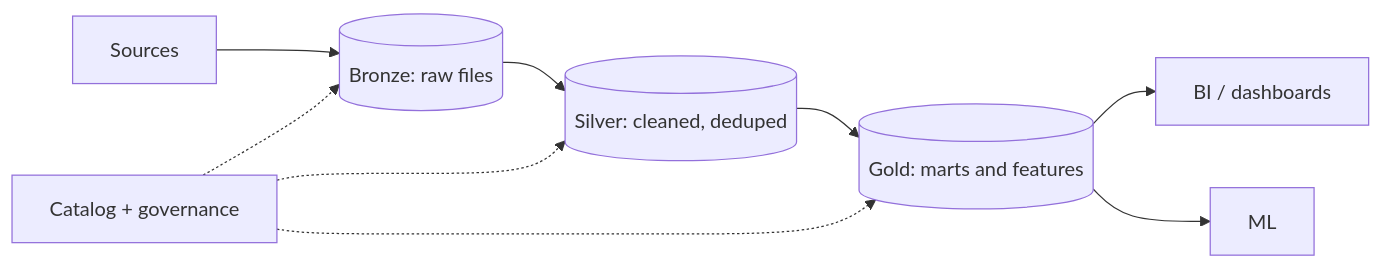
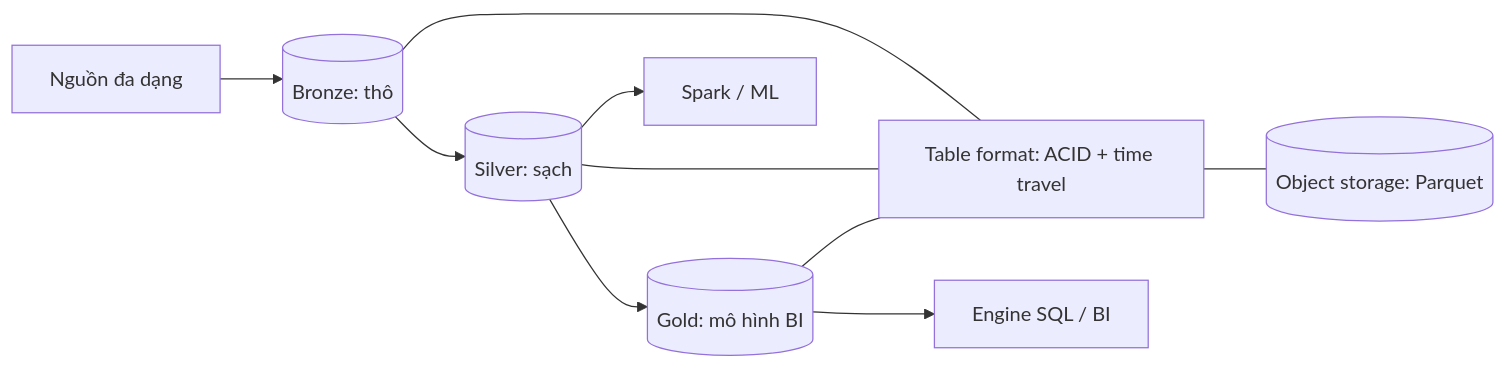
One commit to passion-Infinity/personal-tech-playbook changed the diagram in src/assets/knowledge/playbooks/data-engineering/data-warehouse-lakehouse.md. Above: the diagram before and after it, drawn with Mermaid. The commit also changed other lines of this file and 5 other files, not shown here.

````diff
--- a/src/assets/knowledge/playbooks/data-engineering/data-warehouse-lakehouse.md
+++ b/src/assets/knowledge/playbooks/data-engineering/data-warehouse-lakehouse.md
@@ -17,11 +37,10 @@
 ```mermaid
 flowchart LR
-    SRC[Sources] --> BR[("Bronze: raw files")]
-    BR --> SI[("Silver: cleaned, deduped")]
-    SI --> GO[("Gold: marts and features")]
-    GO --> BI[BI / dashboards]
-    GO --> ML[ML]
-    CAT[Catalog + governance] -.-> BR
-    CAT -.-> SI
-    CAT -.-> GO
+    SRC["Nguồn đa dạng"] --> BR[("Bronze: thô")]
+    BR --> SI[("Silver: sạch")]
+    SI --> GO[("Gold: mô hình BI")]
+    BR & SI & GO --- TF["Table format: ACID + time travel"]
+    TF --- OBJ[("Object storage: Parquet")]
+    GO --> SQL["Engine SQL / BI"]
+    SI --> ML["Spark / ML"]
 ```
````
